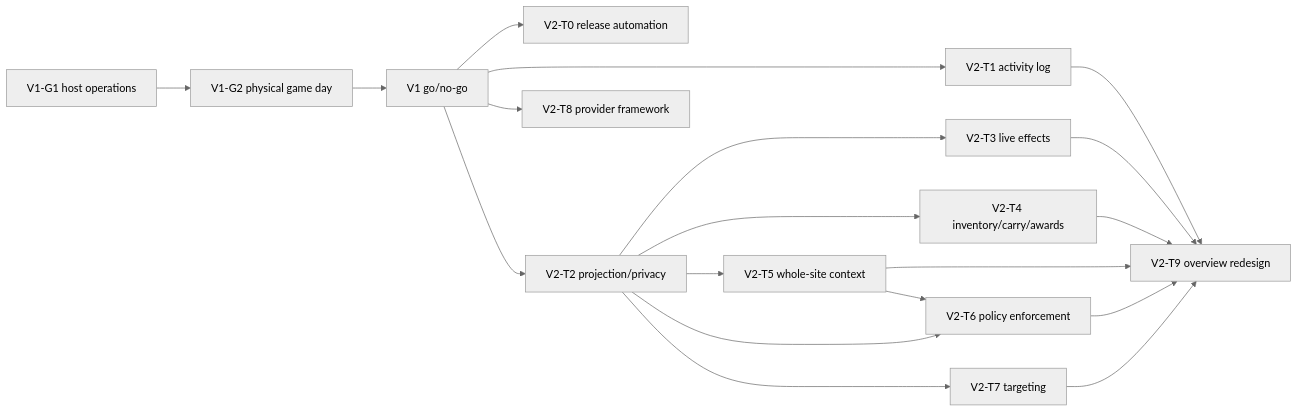
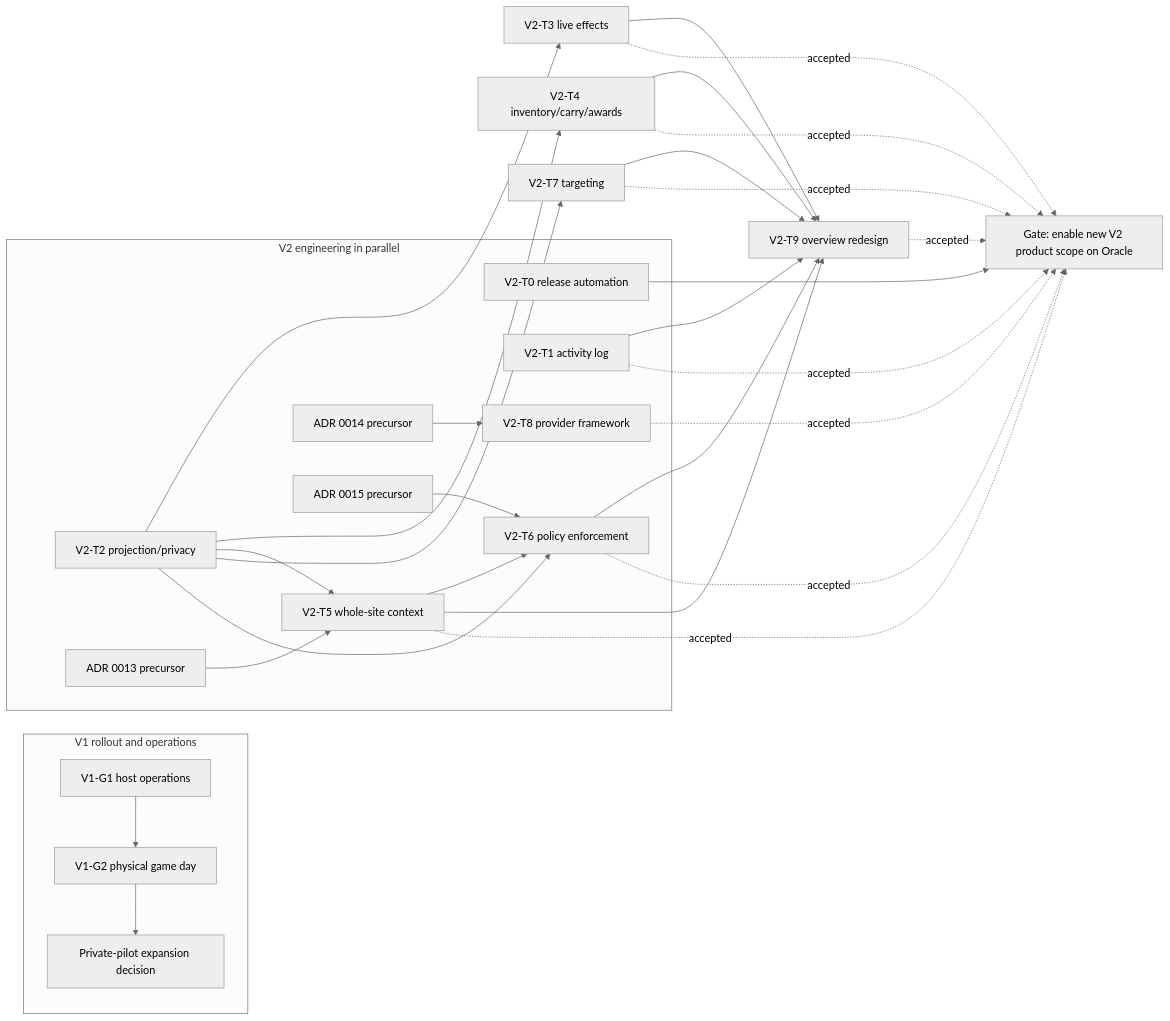
The diagram in docs/hub/roadmap.md (TrueMichato/ThelemarTools), drawn with Mermaid (neutral theme) before and after one commit. The commit also changed other lines of this file, not shown here.

````diff
--- a/docs/hub/roadmap.md
+++ b/docs/hub/roadmap.md
@@ -296,21 +359,36 @@
 ```mermaid
 flowchart LR
-  G1[V1-G1 host operations] --> G2[V1-G2 physical game day]
-  G2 --> GO[V1 go/no-go]
-  GO --> T0[V2-T0 release automation]
-  GO --> T1[V2-T1 activity log]
-  GO --> T2[V2-T2 projection/privacy]
-  GO --> T8[V2-T8 provider framework]
+  subgraph Rollout[V1 rollout and operations]
+    G1[V1-G1 host operations] --> G2[V1-G2 physical game day]
+    G2 --> GO[Private-pilot expansion decision]
+  end
+  subgraph Engineering[V2 engineering in parallel]
+    T0[V2-T0 release automation]
+    T1[V2-T1 activity log]
+    T2[V2-T2 projection/privacy]
+    P13[ADR 0013 precursor] --> T5[V2-T5 whole-site context]
+    P14[ADR 0014 precursor] --> T8[V2-T8 provider framework]
+    P15[ADR 0015 precursor] --> T6[V2-T6 policy enforcement]
+  end
   T2 --> T3[V2-T3 live effects]
   T2 --> T4[V2-T4 inventory/carry/awards]
-  T2 --> T5[V2-T5 whole-site context]
+  T2 --> T5
   T2 --> T7[V2-T7 targeting]
-  T5 --> T6[V2-T6 policy enforcement]
+  T5 --> T6
   T2 --> T6
   T1 --> T9[V2-T9 overview redesign]
   T3 --> T9
   T4 --> T9
   T5 --> T9
   T6 --> T9
   T7 --> T9
+  T0 --> ENABLE[Gate: enable new V2 product scope on Oracle]
+  T1 -. accepted .-> ENABLE
+  T3 -. accepted .-> ENABLE
+  T4 -. accepted .-> ENABLE
+  T5 -. accepted .-> ENABLE
+  T6 -. accepted .-> ENABLE
+  T7 -. accepted .-> ENABLE
+  T8 -. accepted .-> ENABLE
+  T9 -. accepted .-> ENABLE
 ```
````
